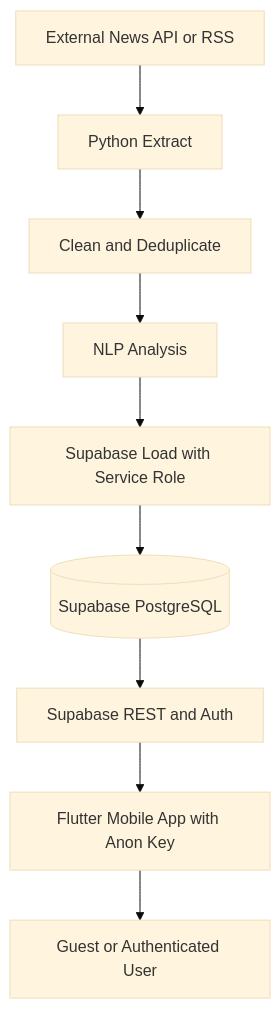
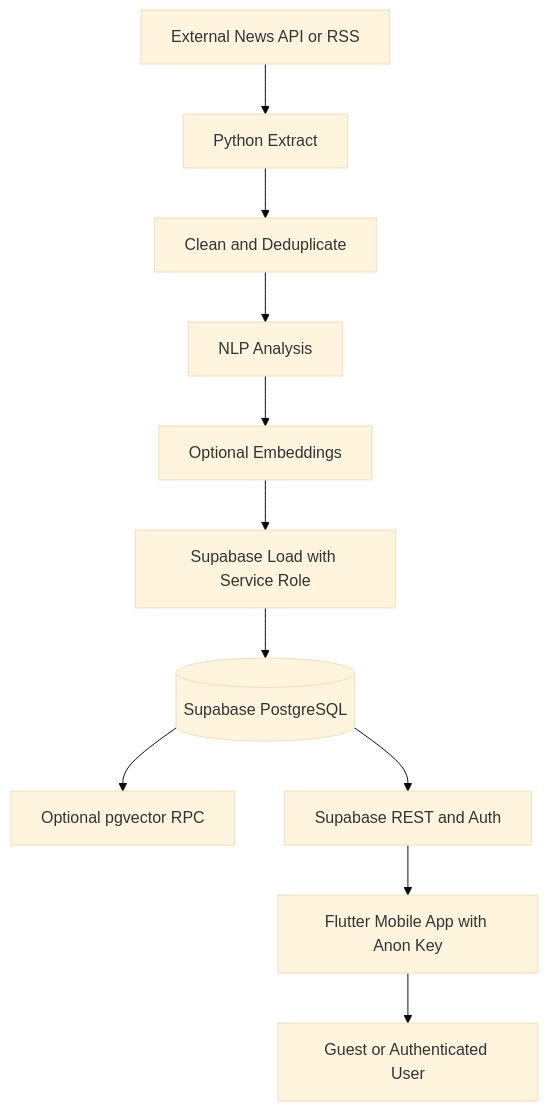
Before and after one commit to ElvissYo/MandiriAINews: the first of 7 diagrams in docs/architecture.md, drawn with Mermaid (base theme). The commit also changed other lines of this file and 41 other files, not shown here.

````diff
--- a/docs/architecture.md
+++ b/docs/architecture.md
@@ -5,11 +5,13 @@
 ```mermaid
 flowchart TD
     A[External News API or RSS] --> B[Python Extract]
     B --> C[Clean and Deduplicate]
     C --> D[NLP Analysis]
-    D --> E[Supabase Load with Service Role]
+    D --> J[Optional Embeddings]
+    J --> E[Supabase Load with Service Role]
     E --> F[(Supabase PostgreSQL)]
+    F --> K[Optional pgvector RPC]
     F --> G[Supabase REST and Auth]
     G --> H[Flutter Mobile App with Anon Key]
     H --> I[Guest or Authenticated User]
 ```
````
